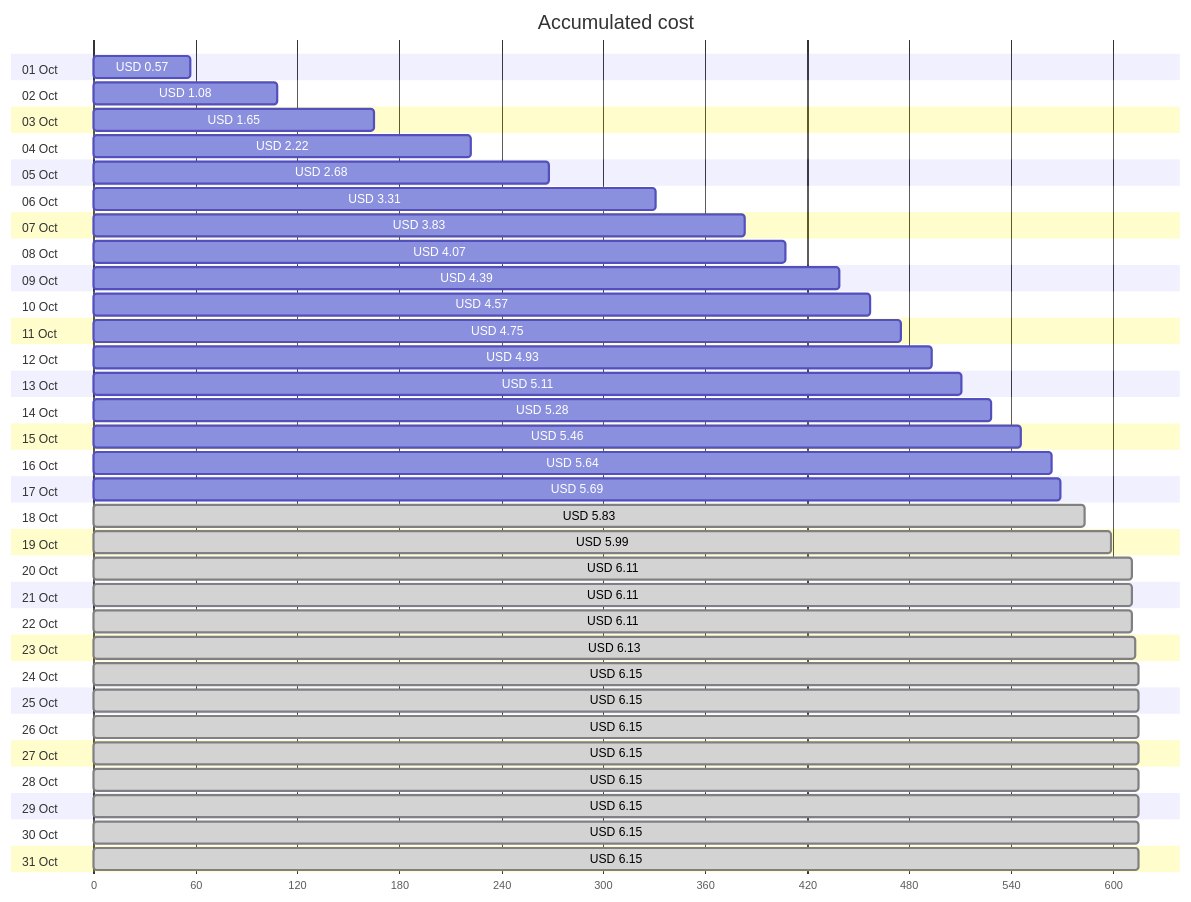
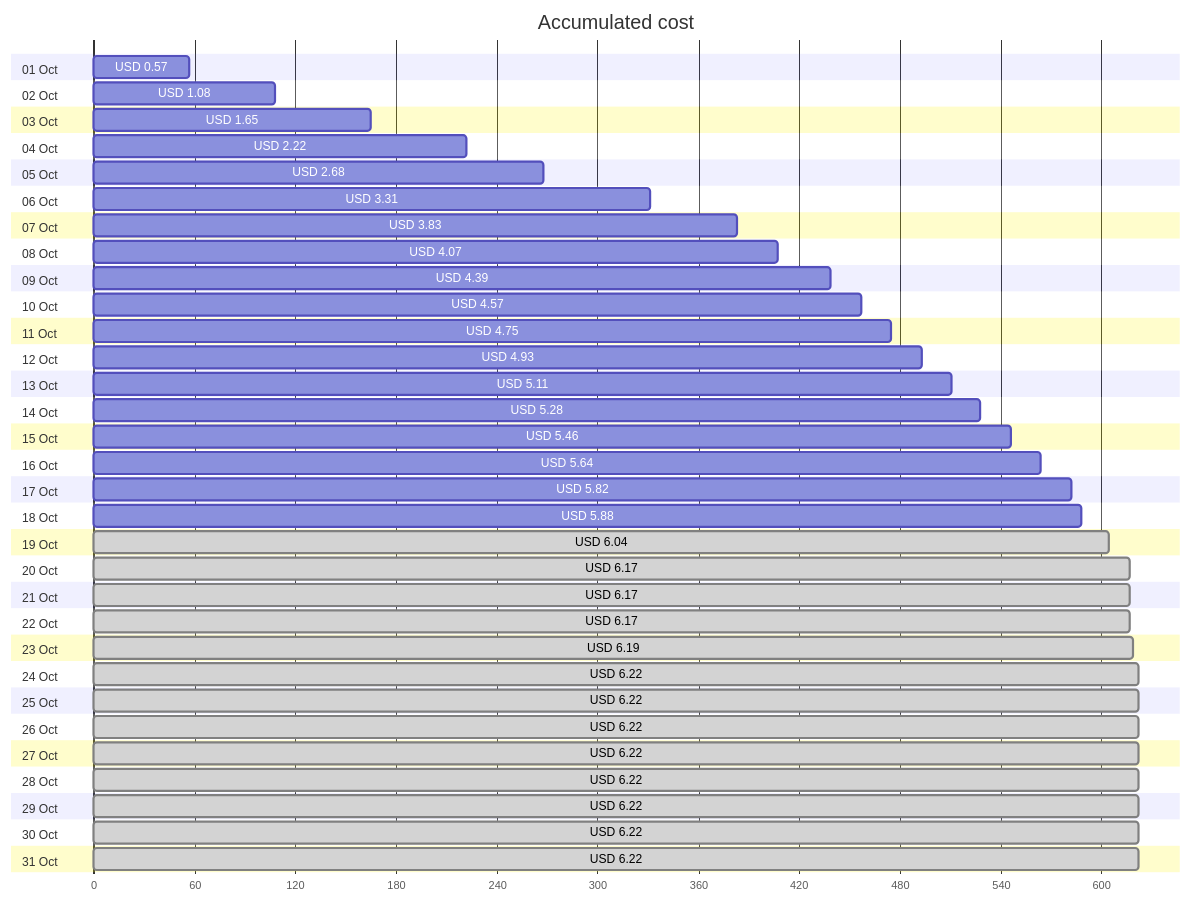
The first of 4 diagrams in cost-reports/personal-network/vpn-server.md (jpfulton/azure-personal-reports), drawn with Mermaid before and after one commit. The commit also changed other lines of this file and 8 other files, not shown here.

````diff
--- a/cost-reports/personal-network/vpn-server.md
+++ b/cost-reports/personal-network/vpn-server.md
@@ -20,68 +20,68 @@
 ```mermaid
 gantt
    title Accumulated cost
    dateFormat  X
    axisFormat %s
    section 01 Oct
    USD 0.57 :0, 57
    section 02 Oct
    USD 1.08 :0, 108
    section 03 Oct
    USD 1.65 :0, 165
    section 04 Oct
    USD 2.22 :0, 222
    section 05 Oct
    USD 2.68 :0, 268
    section 06 Oct
    USD 3.31 :0, 331
    section 07 Oct
    USD 3.83 :0, 383
    section 08 Oct
    USD 4.07 :0, 407
    section 09 Oct
    USD 4.39 :0, 439
    section 10 Oct
    USD 4.57 :0, 457
    section 11 Oct
    USD 4.75 :0, 475
    section 12 Oct
    USD 4.93 :0, 493
    section 13 Oct
    USD 5.11 :0, 511
    section 14 Oct
    USD 5.28 :0, 528
    section 15 Oct
    USD 5.46 :0, 546
    section 16 Oct
    USD 5.64 :0, 564
    section 17 Oct
-   USD 5.69 :0, 569
+   USD 5.82 :0, 582
    section 18 Oct
-   USD 5.83 : done, 0, 583
+   USD 5.88 :0, 588
    section 19 Oct
-   USD 5.99 : done, 0, 599
+   USD 6.04 : done, 0, 604
    section 20 Oct
-   USD 6.11 : done, 0, 611
+   USD 6.17 : done, 0, 617
    section 21 Oct
-   USD 6.11 : done, 0, 611
+   USD 6.17 : done, 0, 617
    section 22 Oct
-   USD 6.11 : done, 0, 611
+   USD 6.17 : done, 0, 617
    section 23 Oct
-   USD 6.13 : done, 0, 613
+   USD 6.19 : done, 0, 619
    section 24 Oct
-   USD 6.15 : done, 0, 615
+   USD 6.22 : done, 0, 622
    section 25 Oct
-   USD 6.15 : done, 0, 615
+   USD 6.22 : done, 0, 622
    section 26 Oct
-   USD 6.15 : done, 0, 615
+   USD 6.22 : done, 0, 622
    section 27 Oct
-   USD 6.15 : done, 0, 615
+   USD 6.22 : done, 0, 622
    section 28 Oct
-   USD 6.15 : done, 0, 615
+   USD 6.22 : done, 0, 622
    section 29 Oct
-   USD 6.15 : done, 0, 615
+   USD 6.22 : done, 0, 622
    section 30 Oct
-   USD 6.15 : done, 0, 615
+   USD 6.22 : done, 0, 622
    section 31 Oct
-   USD 6.15 : done, 0, 615
+   USD 6.22 : done, 0, 622
 ```
````
